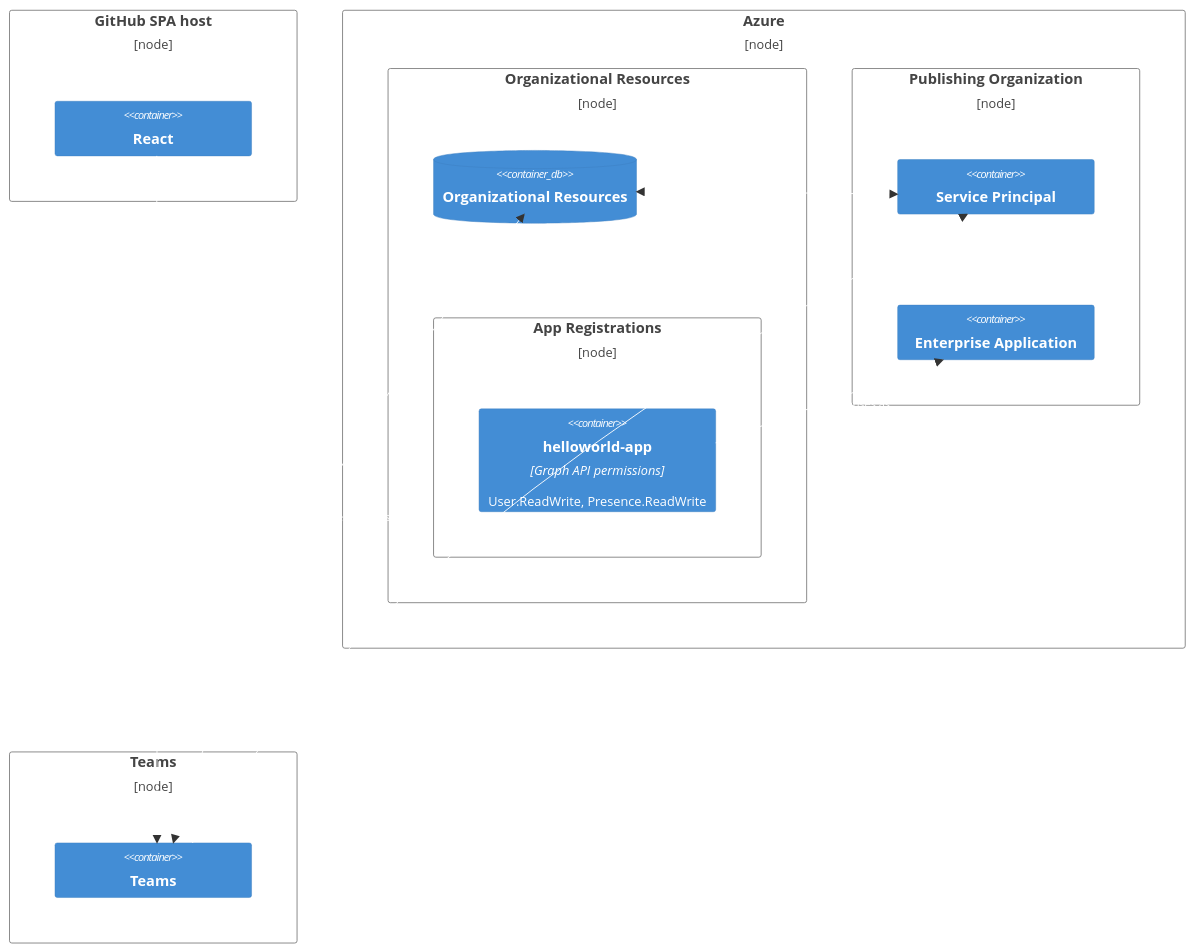
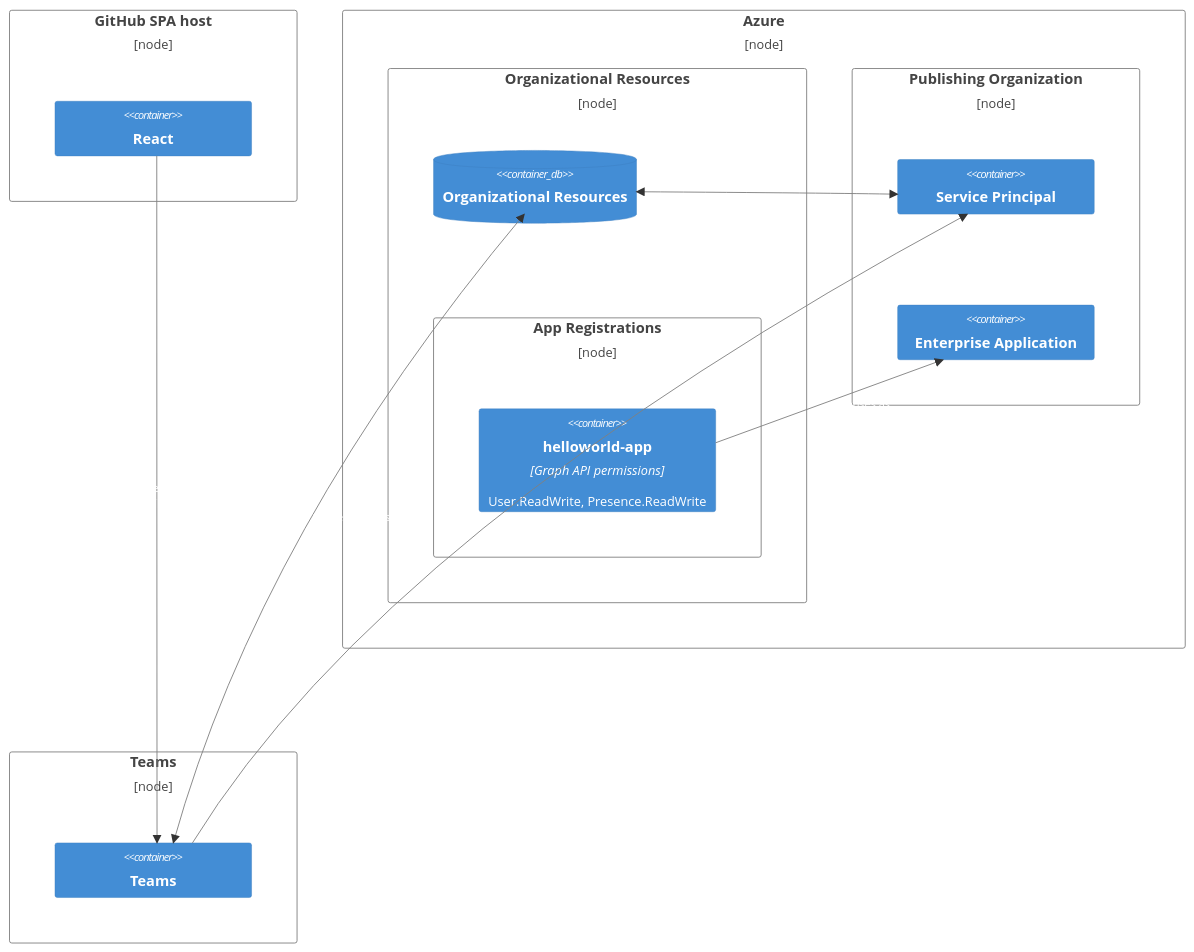
The diagram in README.md (CynicDog/azure-entra-in-spa), drawn with Mermaid before and after one commit.

````diff
--- a/README.md
+++ b/README.md
@@ -2,47 +2,47 @@
 ```mermaid
 C4Deployment
     title  
     
     Deployment_Node(github, "GitHub SPA host") {
         Container(React, "React", "", "")
     }
 
     Deployment_Node(azure, "Azure") {
         Deployment_Node(organizationalResources, "Organizational Resources") {
         ContainerDb(Organizational_Resources, "Organizational Resources", "")
         
         Deployment_Node(appRegistrations, "App Registrations") {
                 Container(helloworld_app, "helloworld-app", "Graph API permissions", "User.ReadWrite, Presence.ReadWrite")
             }
         }
 
         Deployment_Node(publishingOrganization, "Publishing Organization") {
             Container(Service_Principal, "Service Principal", "", "")
             Container(Enterprise_Application, "Enterprise Application", "", "")        
         }
     }
         
     Deployment_Node(teams, "Teams") {
         Container(Teams, "Teams", "", "")
     }
     
     Rel(helloworld_app, Enterprise_Application, "Exposes as")
     Rel(Teams, Service_Principal, "Delegates to")
     Rel(React, Teams, "Provides endpoint")
     BiRel(Service_Principal, Organizational_Resources, "Accesses")
     BiRel(Teams, Organizational_Resources, "On behalf of user")
 
     UpdateElementStyle(azure, $borderColor="gray")
     UpdateElementStyle(github, $borderColor="gray")
     UpdateElementStyle(teams, $borderColor="gray")
     UpdateElementStyle(organizationalResources, $borderColor="gray")
     UpdateElementStyle(appRegistrations, $borderColor="gray")
     UpdateElementStyle(publishingOrganization, $borderColor="gray")
     
-    UpdateRelStyle(helloworld_app, Enterprise_Application, $textColor="white", $lineColor="white", ,$offsetX="5")
-    UpdateRelStyle(Teams, Service_Principal, $textColor="white", $lineColor="white")
-    UpdateRelStyle(React, Teams, $textColor="white", $lineColor="white", $offsetY="-15", $offsetX="-40")
-    UpdateRelStyle(Service_Principal, Organizational_Resources, $textColor="white", $lineColor="white", $offsetY="-15", $offsetX="-40")
-    UpdateRelStyle(Teams, Organizational_Resources, $textColor="white", $lineColor="white", $offsetY="-15", $offsetX="-40")
+    UpdateRelStyle(helloworld_app, Enterprise_Application, $textColor="white", $lineColor="gray", ,$offsetX="5")
+    UpdateRelStyle(Teams, Service_Principal, $textColor="white", $lineColor="gray")
+    UpdateRelStyle(React, Teams, $textColor="white", $lineColor="gray", $offsetY="-15", $offsetX="-40")
+    UpdateRelStyle(Service_Principal, Organizational_Resources, $textColor="white", $lineColor="gray", $offsetY="-15", $offsetX="-40")
+    UpdateRelStyle(Teams, Organizational_Resources, $textColor="white", $lineColor="gray", $offsetY="-15", $offsetX="-40")
       
 ```
````
